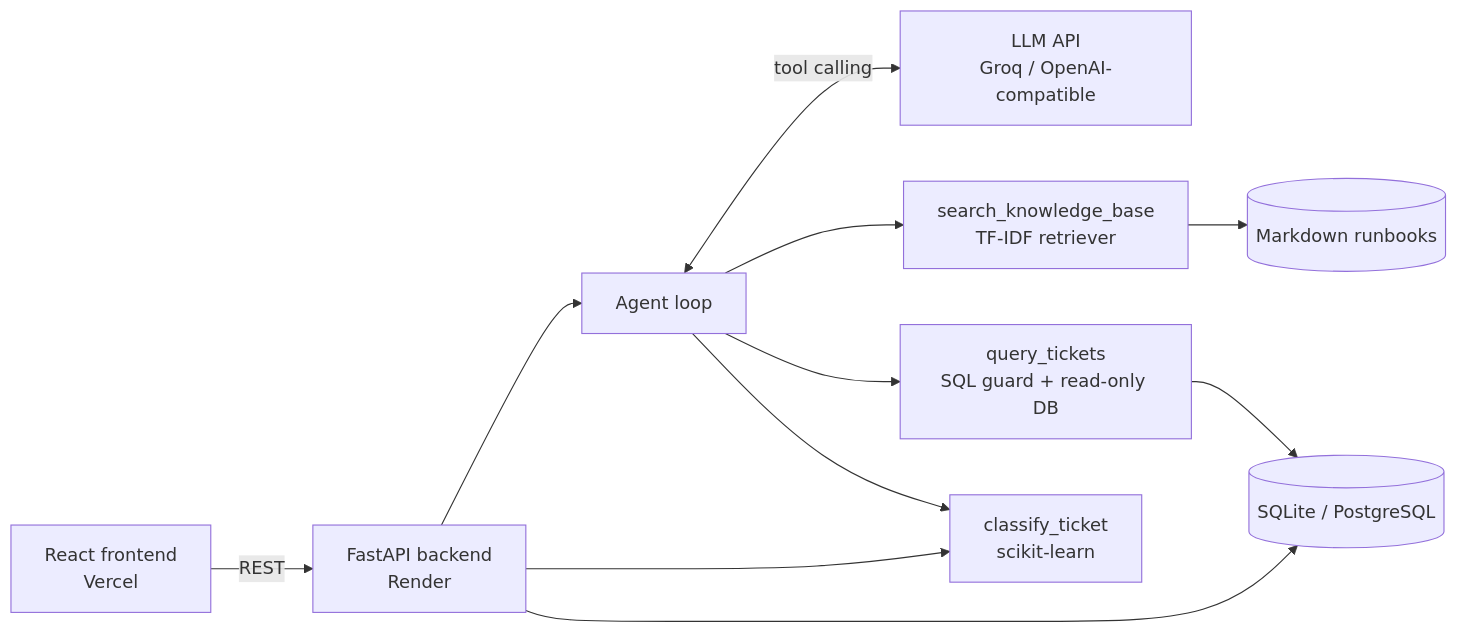
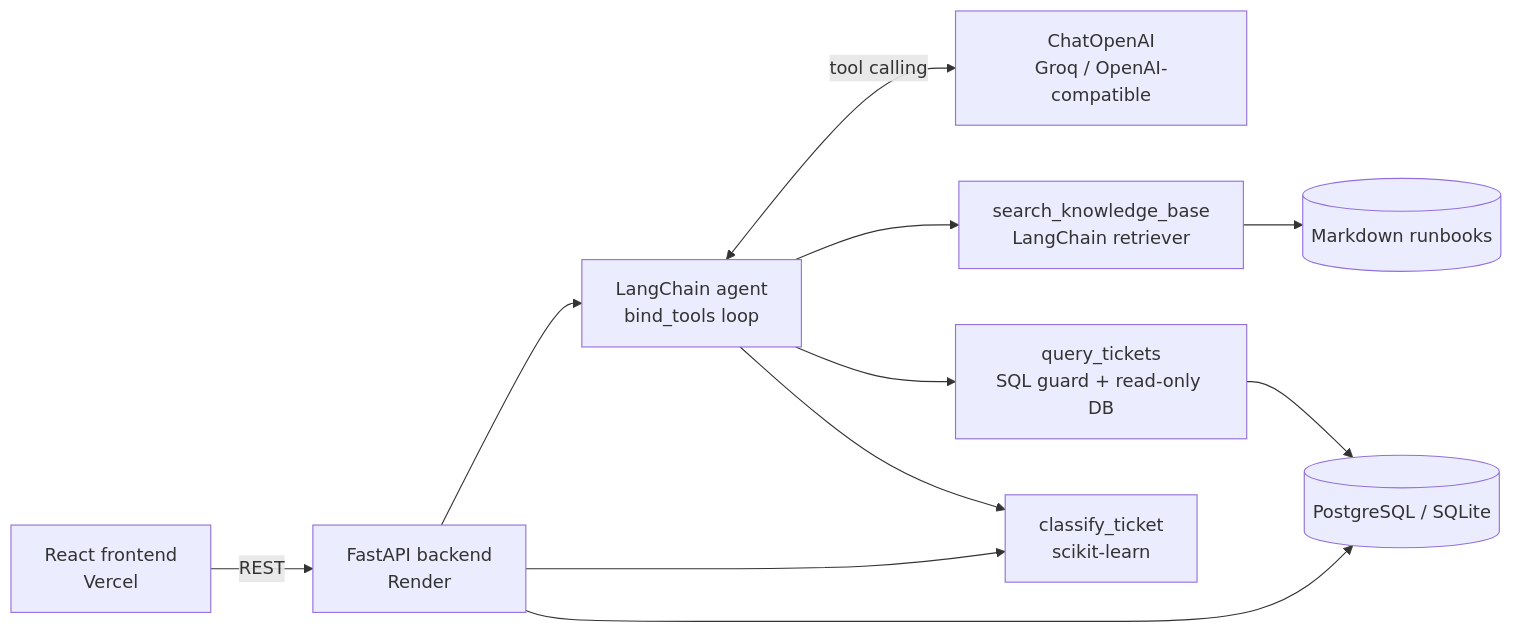
Before and after one commit to Udit-hash/HelpDesk-Copilot: the diagram in README.md, drawn with Mermaid. The commit also changed other lines of this file and 42 other files, not shown here.

````diff
--- a/README.md
+++ b/README.md
@@ -23,13 +34,13 @@
 ```mermaid
 flowchart LR
     U[React frontend<br/>Vercel] -->|REST| API[FastAPI backend<br/>Render]
-    API --> AG[Agent loop]
-    AG <-->|tool calling| LLM[LLM API<br/>Groq / OpenAI-compatible]
-    AG --> KB[search_knowledge_base<br/>TF-IDF retriever]
+    API --> AG[LangChain agent<br/>bind_tools loop]
+    AG <-->|tool calling| LLM[ChatOpenAI<br/>Groq / OpenAI-compatible]
+    AG --> KB[search_knowledge_base<br/>LangChain retriever]
     AG --> SQL[query_tickets<br/>SQL guard + read-only DB]
     AG --> CLF[classify_ticket<br/>scikit-learn]
     KB --> MD[(Markdown runbooks)]
-    SQL --> DB[(SQLite / PostgreSQL)]
+    SQL --> DB[(PostgreSQL / SQLite)]
     API --> CLF
     API --> DB
 ```
````
